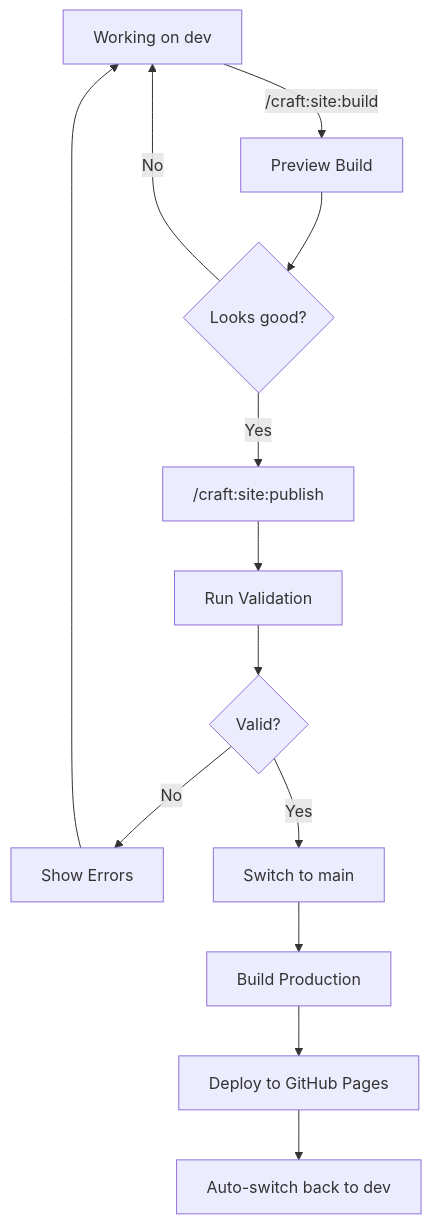
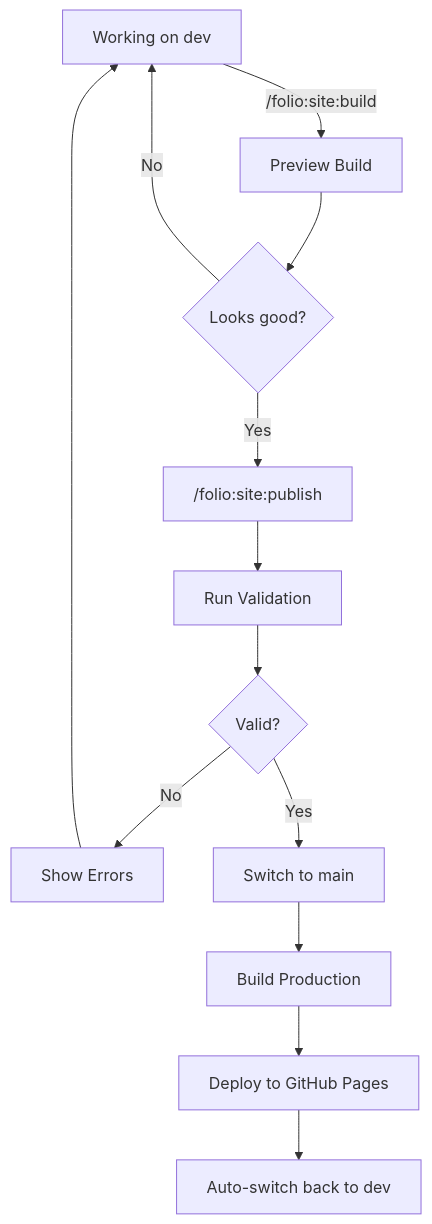
The diagram in docs/guide/teaching-workflow.md (Data-Wise/craft), drawn with Mermaid before and after one commit. The commit also changed other lines of this file and 64 other files, not shown here.

````diff
--- a/docs/guide/teaching-workflow.md
+++ b/docs/guide/teaching-workflow.md
@@ -117,15 +117,15 @@
 ```mermaid
 graph TD
-    A[Working on dev] -->|/craft:site:build| B[Preview Build]
+    A[Working on dev] -->|/folio:site:build| B[Preview Build]
     B --> C{Looks good?}
     C -->|No| A
-    C -->|Yes| D["/craft:site:publish"]
+    C -->|Yes| D["/folio:site:publish"]
     D --> E[Run Validation]
     E --> F{Valid?}
     F -->|No| G[Show Errors]
     G --> A
     F -->|Yes| H[Switch to main]
     H --> I[Build Production]
     I --> J[Deploy to GitHub Pages]
     J --> K[Auto-switch back to dev]
 ```
````
